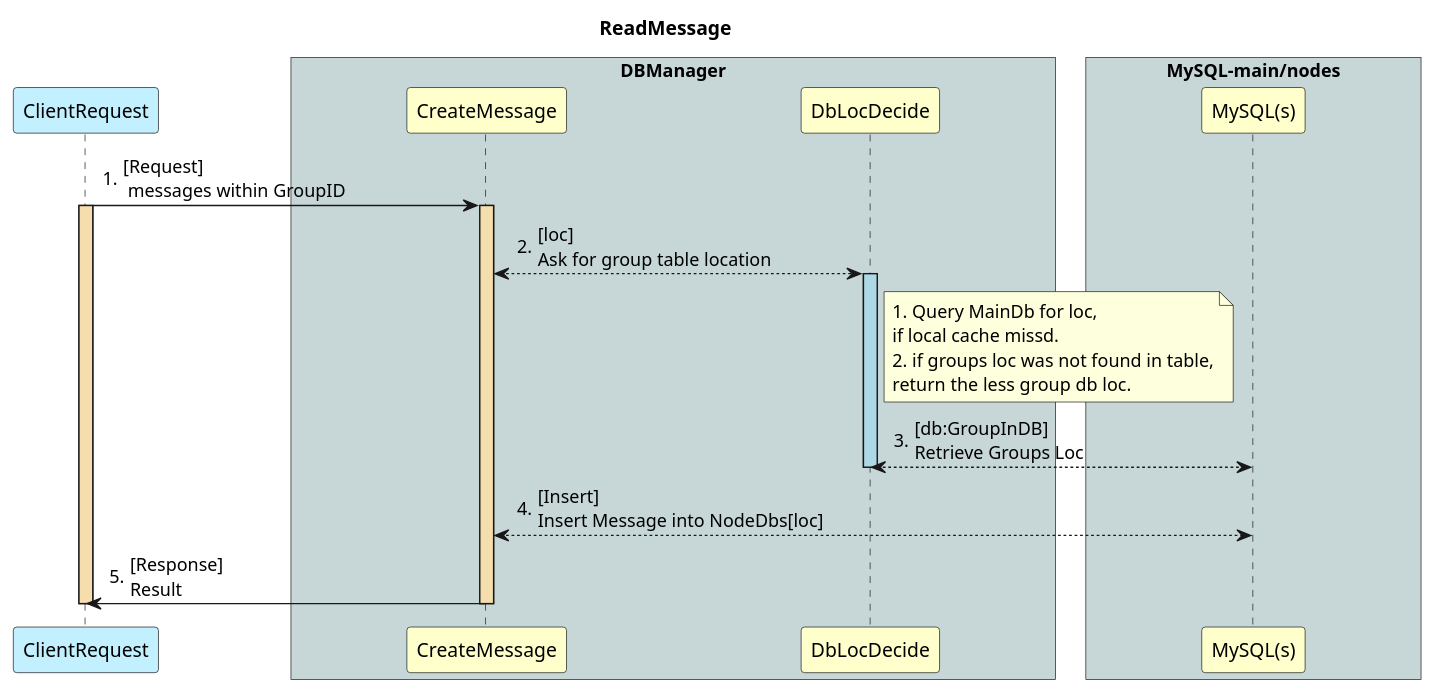
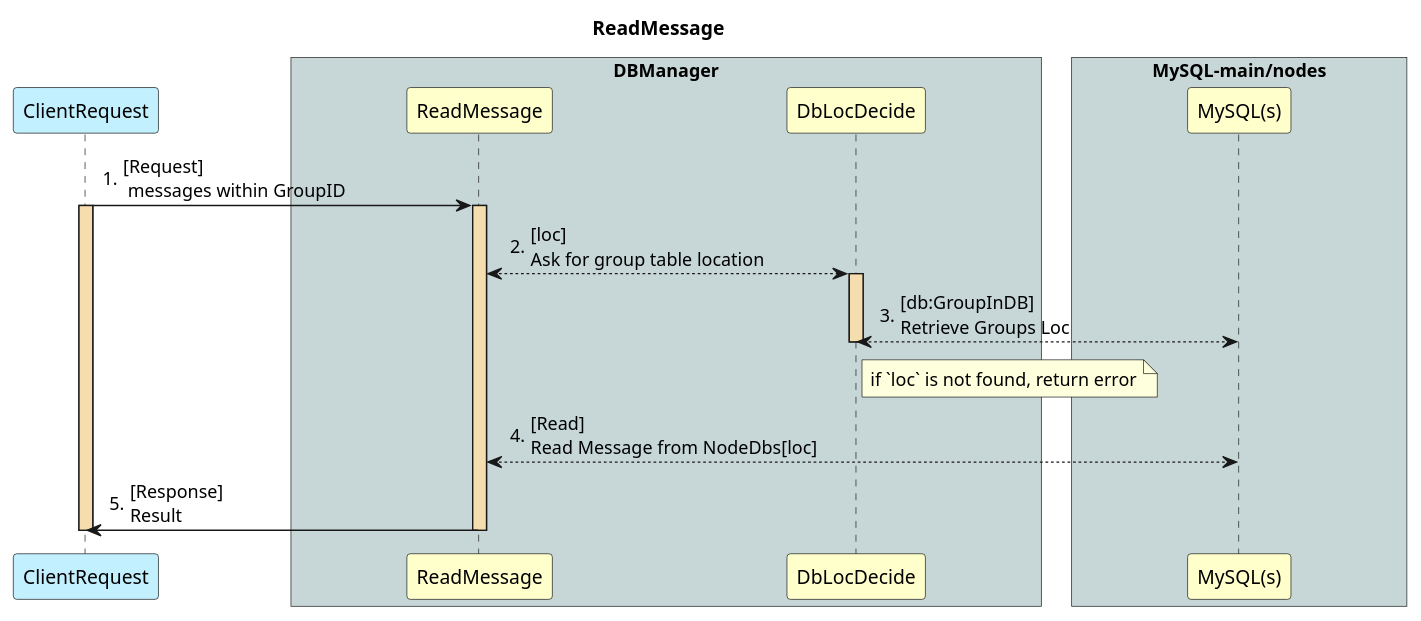
The diagram in gorm/multi-databases/doc/read_message.puml (jim0409/go-third-party), drawn with PlantUML before and after one commit.

```diff
--- a/gorm/multi-databases/doc/read_message.puml
+++ b/gorm/multi-databases/doc/read_message.puml
@@ -1,45 +1,42 @@
 @startuml
 
 title ReadMessage
 
 skinparam ParticipantPadding 80
 skinparam BoxPadding 10
 
 participant "ClientRequest" as UsrMsg #APPLICATION
 
 box "DBManager" #C7D7D8
-participant "CreateMessage" as DBWriter #BUSINESS
+participant "ReadMessage" as DBReader #BUSINESS
 participant "DbLocDecide" as DBBroker #BUSINESS
 end box
 
 box "MySQL-main/nodes" #C7D7D8
 participant "MySQL(s)" as Dbs #BUSINESS
 end box
 
 autonumber "0."
 
-UsrMsg -> DBWriter : [Request]\n messages within GroupID
+UsrMsg -> DBReader : [Request]\n messages within GroupID
 activate UsrMsg #F5DDAD
 
-activate DBWriter #F5DDAD
-DBWriter <--> DBBroker : [loc]\nAsk for group table location
+activate DBReader #F5DDAD
+DBReader <--> DBBroker : [loc]\nAsk for group table location
 
+
+activate DBBroker #F5DDAD
+DBBroker <--> Dbs : [db:GroupInDB]\nRetrieve Groups Loc
 note right of DBBroker
-1. Query MainDb for loc,
-if local cache missd.
-2. if groups loc was not found in table,
-return the less group db loc.
+if `loc` is not found, return error
 end note
-
-activate DBBroker #LightBlue
-DBBroker <--> Dbs : [db:GroupInDB]\nRetrieve Groups Loc
 deactivate DBBroker
 
-DBWriter <--> Dbs : [Insert]\nInsert Message into NodeDbs[loc]
+DBReader <--> Dbs : [Read]\nRead Message from NodeDbs[loc]
 
-DBWriter -> UsrMsg : [Response]\nResult
-deactivate DBWriter
+DBReader -> UsrMsg : [Response]\nResult
+deactivate DBReader
 
 deactivate UsrMsg
 
 @enduml
```
